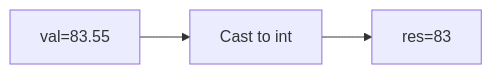
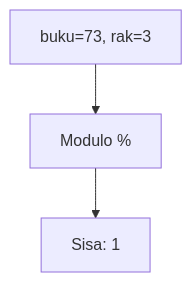
Before and after one commit to amnahwaida/OSNK_INF_PREP: diagram 13 of 25 in part-c-pemahaman-cpp/01-tipe-data/latihan/set-02.md, drawn with Mermaid. The commit also changed other lines of this file and 71 other files, not shown here.

````diff
--- a/part-c-pemahaman-cpp/01-tipe-data/latihan/set-02.md
+++ b/part-c-pemahaman-cpp/01-tipe-data/latihan/set-02.md
@@ -349,5 +364,5 @@
 ```mermaid
-graph LR
-A["val=83.55"] --> B["Cast to int"]
-B --> C["res=83"]
+graph TD
+A["buku=73, rak=3"] --> B["Modulo %"]
+B --> C["Sisa: 1"]
 ```
````
